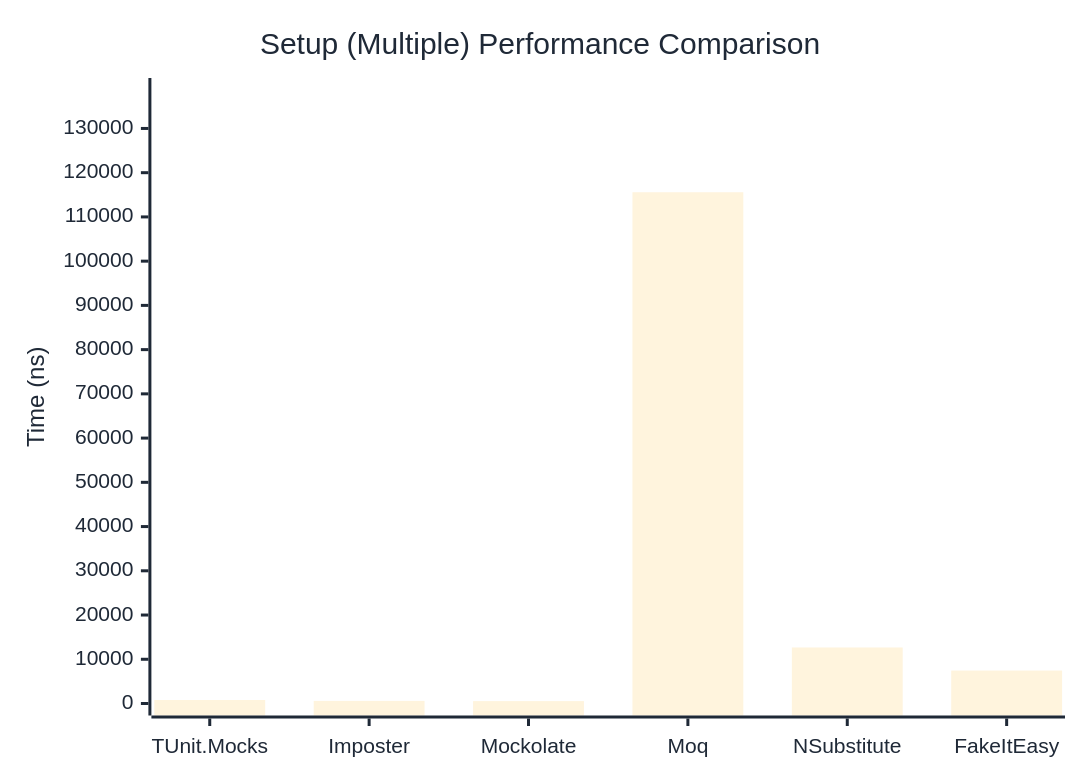
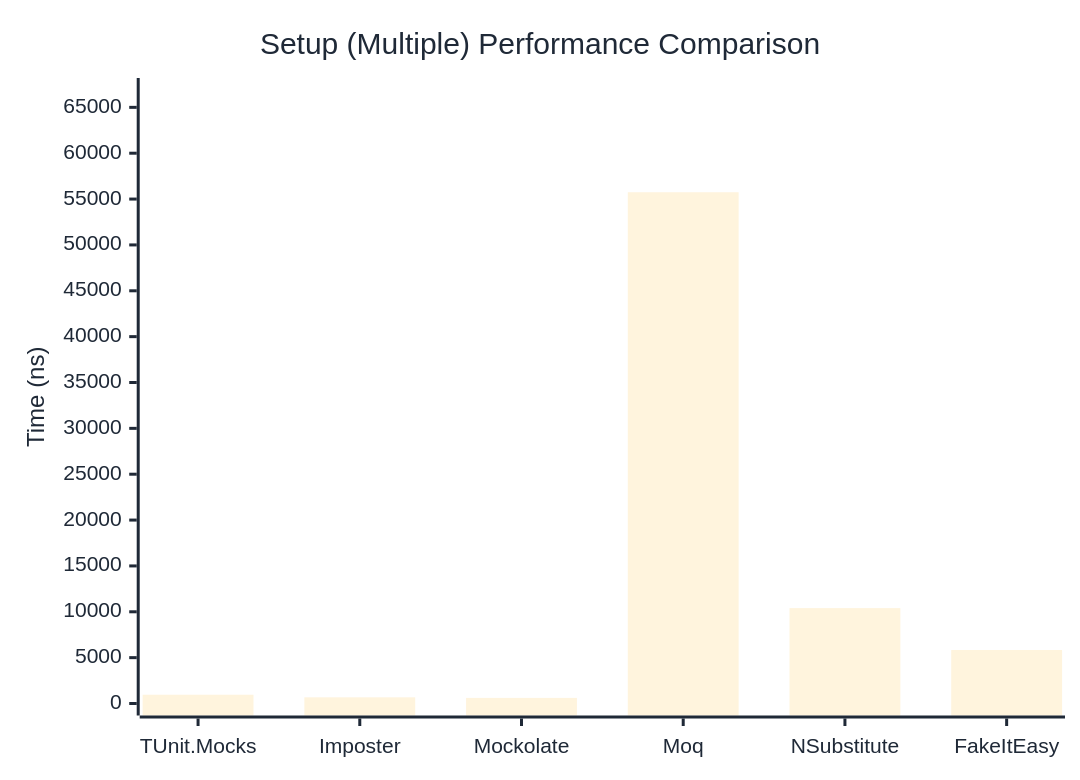
The second of 2 diagrams in docs/docs/benchmarks/mocks/Setup.md (thomhurst/TUnit), drawn with Mermaid before and after one commit. The commit also changed other lines of this file and 14 other files, not shown here.

````diff
--- a/docs/docs/benchmarks/mocks/Setup.md
+++ b/docs/docs/benchmarks/mocks/Setup.md
@@ -71,27 +71,27 @@
 ```mermaid
 %%{init: {
   'theme':'base',
   'themeVariables': {
     'primaryColor': '#2563eb',
     'primaryTextColor': '#1f2937',
     'primaryBorderColor': '#1e40af',
     'lineColor': '#6b7280',
     'secondaryColor': '#7c3aed',
     'tertiaryColor': '#dc2626',
     'background': '#ffffff',
     'pie1': '#2563eb',
     'pie2': '#7c3aed',
     'pie3': '#dc2626',
     'pie4': '#f59e0b',
     'pie5': '#10b981',
     'pie6': '#06b6d4',
     'pie7': '#ec4899',
     'pie8': '#6366f1'
   }
 }}%%
 xychart-beta
   title "Setup (Multiple) Performance Comparison"
   x-axis ["TUnit.Mocks", "Imposter", "Mockolate", "Moq", "NSubstitute", "FakeItEasy"]
-  y-axis "Time (ns)" 0 --> 138693
-  bar [785.6, 585.4, 541.3, 115577.1, 12664.7, 7444]
+  y-axis "Time (ns)" 0 --> 66892
+  bar [956.4, 673.3, 610.6, 55743.3, 10401.2, 5832]
 ```
````
